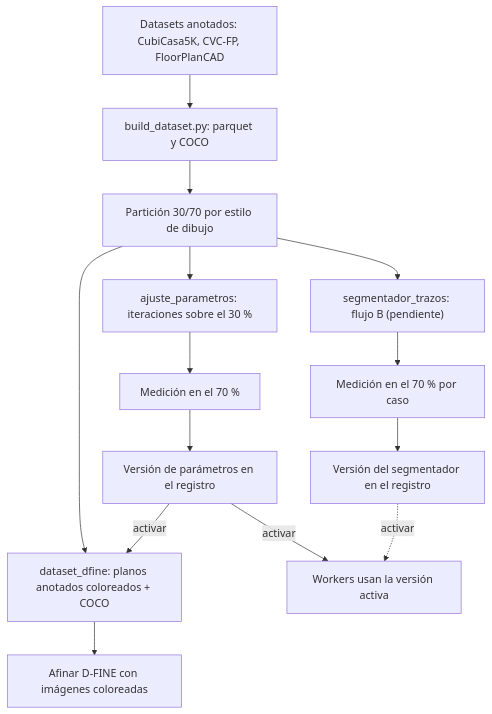
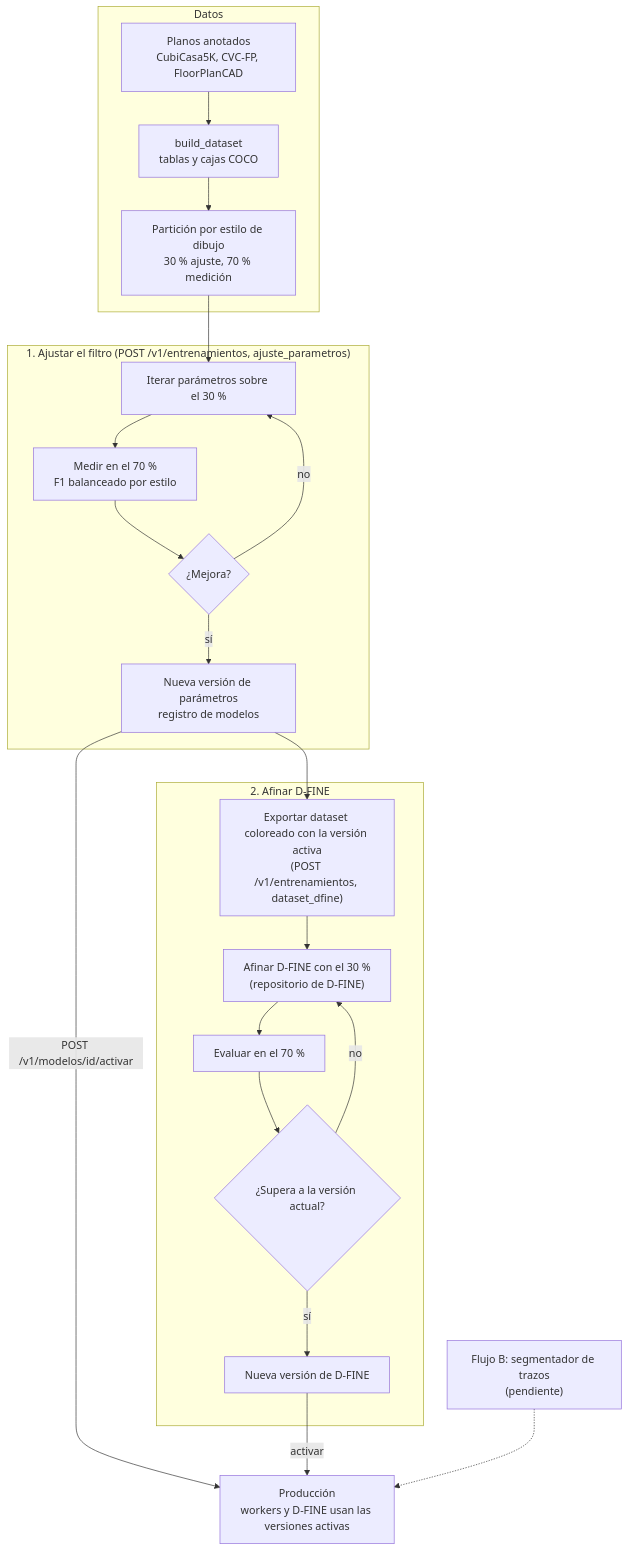
One commit to neylinsomne/ETL-CAD-Images changed the fifth of 9 diagrams in docs/SISTEMA.md. Above: the diagram before and after it, drawn with Mermaid. The commit also changed other lines of this file and 5 other files, not shown here.

First line of the commit message:
Diagramas de flujo de producción y entrenamiento

````diff
--- a/docs/SISTEMA.md
+++ b/docs/SISTEMA.md
@@ -126,16 +136,28 @@
 ```mermaid
 flowchart TB
-    DS["Datasets anotados: CubiCasa5K, CVC-FP, FloorPlanCAD"] --> BD["build_dataset.py: parquet y COCO"]
-    BD --> SP["Partición 30/70 por estilo de dibujo"]
-    SP --> TU["ajuste_parametros: iteraciones sobre el 30 %"]
-    TU --> M70["Medición en el 70 %"]
-    M70 --> RP["Versión de parámetros en el registro"]
-    SP --> DD["dataset_dfine: planos anotados coloreados + COCO"]
-    RP -->|"activar"| DD
-    DD --> DF["Afinar D-FINE con imágenes coloreadas"]
-    SP --> TB["segmentador_trazos: flujo B (pendiente)"]
-    TB --> MB["Medición en el 70 % por caso"]
-    MB --> RB["Versión del segmentador en el registro"]
-    RP -->|"activar"| WK["Workers usan la versión activa"]
-    RB -.->|"activar"| WK
+    subgraph DATOS["Datos"]
+        DS["Planos anotados<br/>CubiCasa5K, CVC-FP, FloorPlanCAD"] --> BD["build_dataset<br/>tablas y cajas COCO"]
+        BD --> SP["Partición por estilo de dibujo<br/>30 % ajuste, 70 % medición"]
+    end
+
+    subgraph FILTRO["1. Ajustar el filtro (POST /v1/entrenamientos, ajuste_parametros)"]
+        SP --> IT["Iterar parámetros sobre el 30 %"]
+        IT --> ME["Medir en el 70 %<br/>F1 balanceado por estilo"]
+        ME --> OK1{"¿Mejora?"}
+        OK1 -->|"no"| IT
+        OK1 -->|"sí"| VP["Nueva versión de parámetros<br/>registro de modelos"]
+    end
+
+    subgraph DETECTOR["2. Afinar D-FINE"]
+        VP --> EXP["Exportar dataset coloreado con la versión activa<br/>(POST /v1/entrenamientos, dataset_dfine)"]
+        EXP --> TR["Afinar D-FINE con el 30 %<br/>(repositorio de D-FINE)"]
+        TR --> EV["Evaluar en el 70 %"]
+        EV --> OK2{"¿Supera a la versión actual?"}
+        OK2 -->|"no"| TR
+        OK2 -->|"sí"| VD["Nueva versión de D-FINE"]
+    end
+
+    VP -->|"POST /v1/modelos/id/activar"| PROD["Producción<br/>workers y D-FINE usan las versiones activas"]
+    VD -->|"activar"| PROD
+    SEG["Flujo B: segmentador de trazos<br/>(pendiente)"] -.-> PROD
 ```
````
